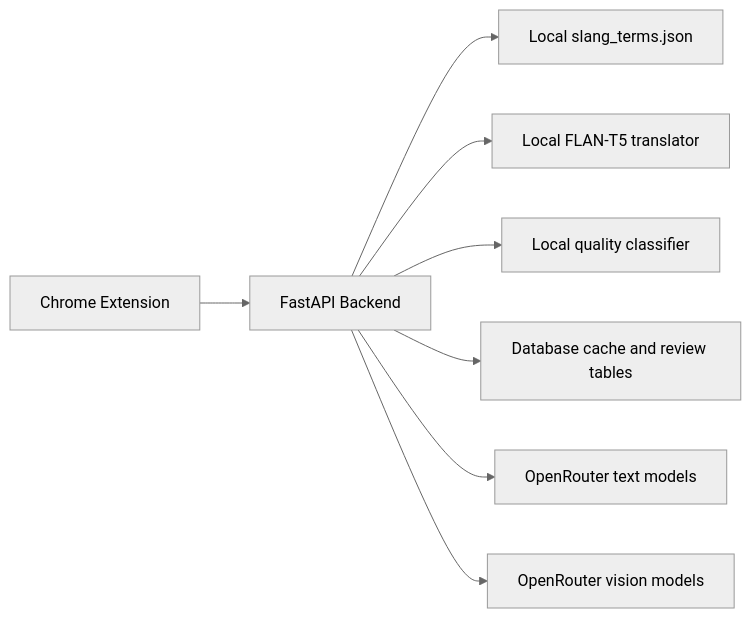
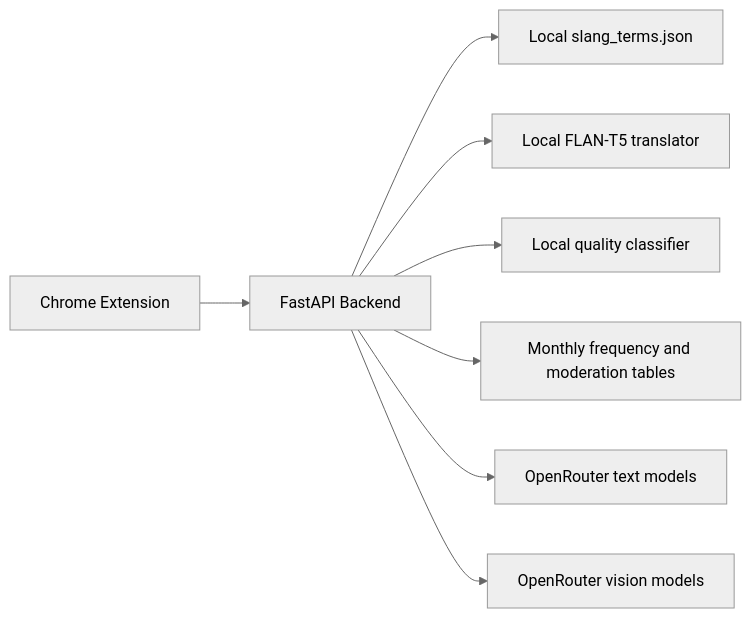
One commit to LIMRUIXUAN/brainrot_translator changed the sixth of 8 diagrams in DESIGN.md. Above: the diagram before and after it, drawn with Mermaid (neutral theme). The commit also changed other lines of this file and 21 other files, not shown here.

````diff
--- a/DESIGN.md
+++ b/DESIGN.md
@@ -412,10 +412,10 @@
 ```mermaid
 flowchart LR
     A["Chrome Extension"] --> B["FastAPI Backend"]
     B --> C["Local slang_terms.json"]
     B --> D["Local FLAN-T5 translator"]
     B --> E["Local quality classifier"]
-    B --> F["Database cache and review tables"]
+    B --> F["Monthly frequency and moderation tables"]
     B --> G["OpenRouter text models"]
     B --> H["OpenRouter vision models"]
 ```
````
